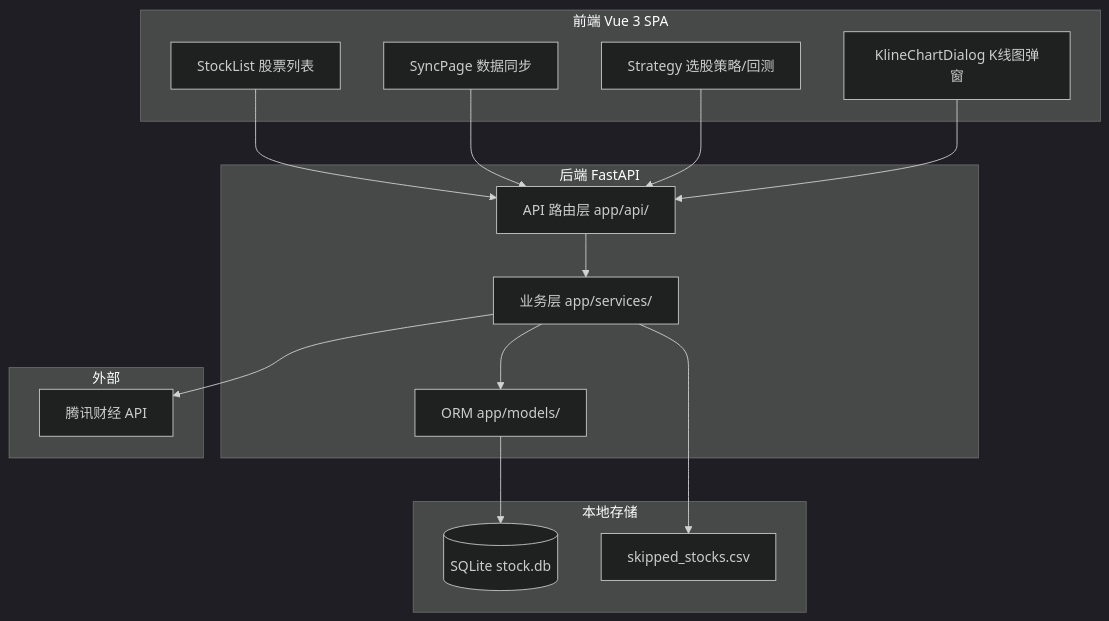
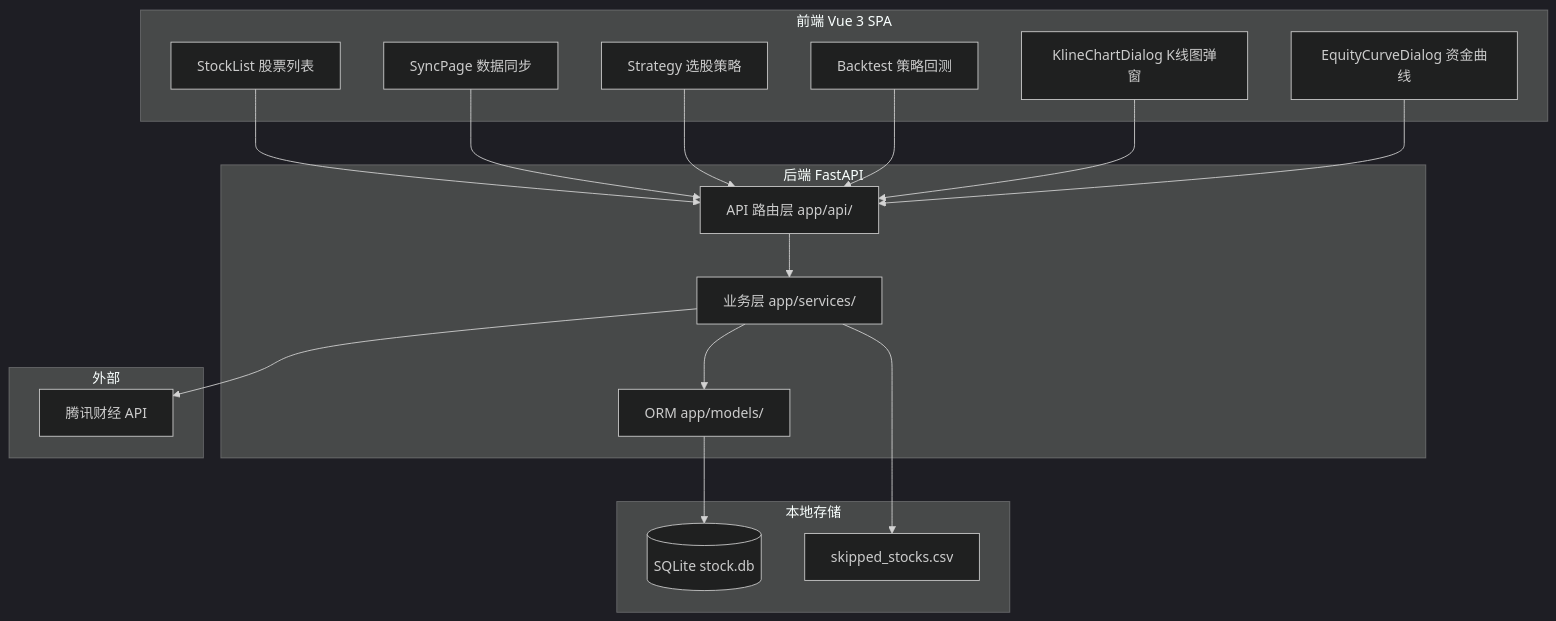
The first of 2 diagrams in docs/PROJECT_CONTEXT.md (Ten2016/Stock_selection_system), drawn with Mermaid (dark theme) before and after one commit. The commit also changed other lines of this file and 28 other files, not shown here.

````diff
--- a/docs/PROJECT_CONTEXT.md
+++ b/docs/PROJECT_CONTEXT.md
@@ -107,32 +114,34 @@
 ```mermaid
 flowchart TB
     subgraph Frontend["前端 Vue 3 SPA"]
         SL[StockList 股票列表]
         SP[SyncPage 数据同步]
-        ST[Strategy 选股策略/回测]
+        ST[Strategy 选股策略]
+        BT[Backtest 策略回测]
         KC[KlineChartDialog K线图弹窗]
+        EQ[EquityCurveDialog 资金曲线]
     end
 
     subgraph Backend["后端 FastAPI"]
         API["API 路由层 app/api/"]
         SVC["业务层 app/services/"]
         ORM["ORM app/models/"]
     end
 
     subgraph External["外部"]
         TENCENT["腾讯财经 API"]
     end
 
     subgraph Storage["本地存储"]
         DB[(SQLite stock.db)]
         CSV[skipped_stocks.csv]
     end
 
-    SL & SP & ST --> API
-    KC --> API
+    SL & SP & ST & BT --> API
+    KC & EQ --> API
     API --> SVC
     SVC --> ORM
     ORM --> DB
     SVC --> TENCENT
     SVC --> CSV
 ```
````
